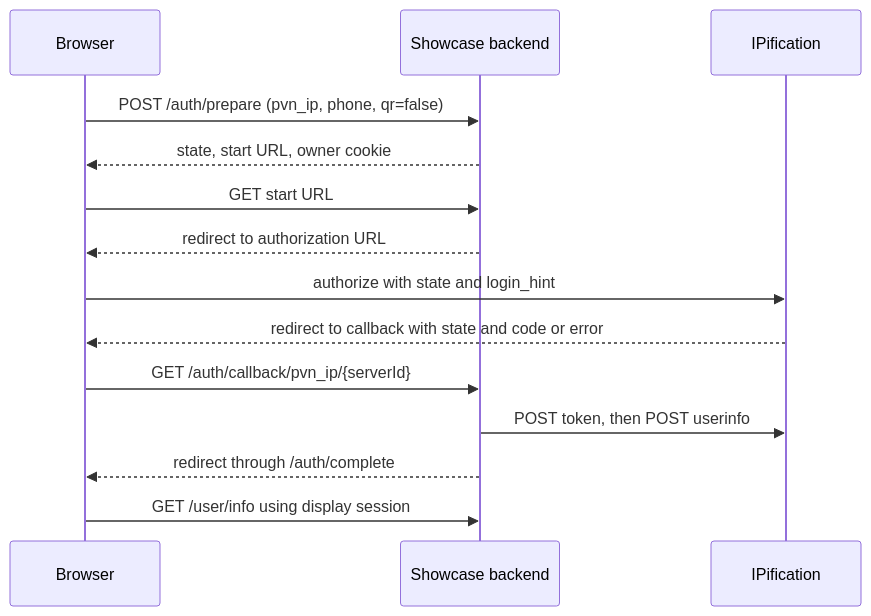
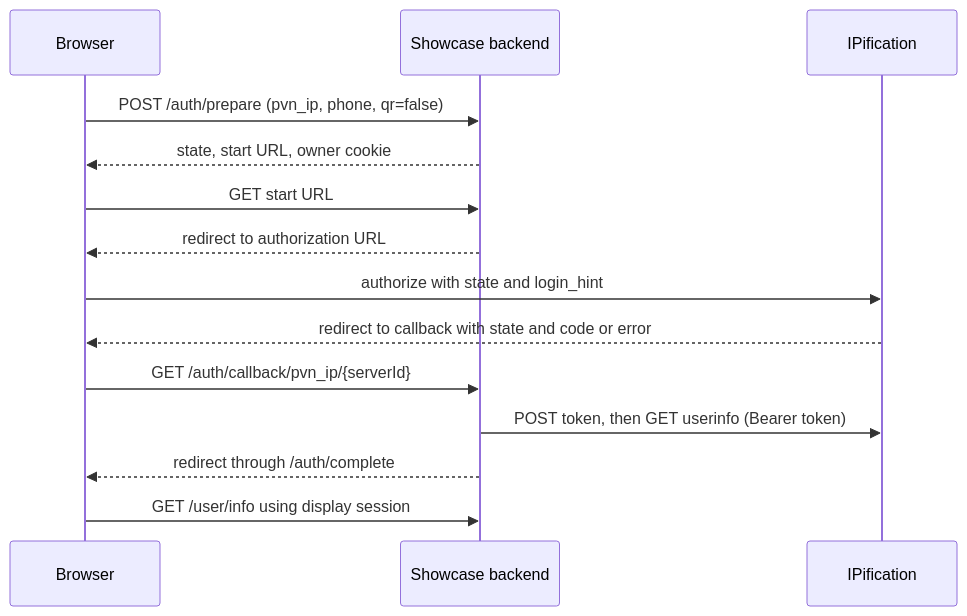
Before and after one commit to ipification/ipification-showcase: the diagram in docs/nextjs/browser-flows.md, drawn with Mermaid. The commit also changed other lines of this file and 20 other files, not shown here.

````diff
--- a/docs/nextjs/browser-flows.md
+++ b/docs/nextjs/browser-flows.md
@@ -17,16 +17,16 @@
 ```mermaid
 sequenceDiagram
     participant B as Browser
     participant S as Showcase backend
     participant I as IPification
     B->>S: POST /auth/prepare (pvn_ip, phone, qr=false)
     S-->>B: state, start URL, owner cookie
     B->>S: GET start URL
     S-->>B: redirect to authorization URL
     B->>I: authorize with state and login_hint
     I-->>B: redirect to callback with state and code or error
     B->>S: GET /auth/callback/pvn_ip/{serverId}
-    S->>I: POST token, then POST userinfo
+    S->>I: POST token, then GET userinfo (Bearer token)
     S-->>B: redirect through /auth/complete
     B->>S: GET /user/info using display session
 ```
````
